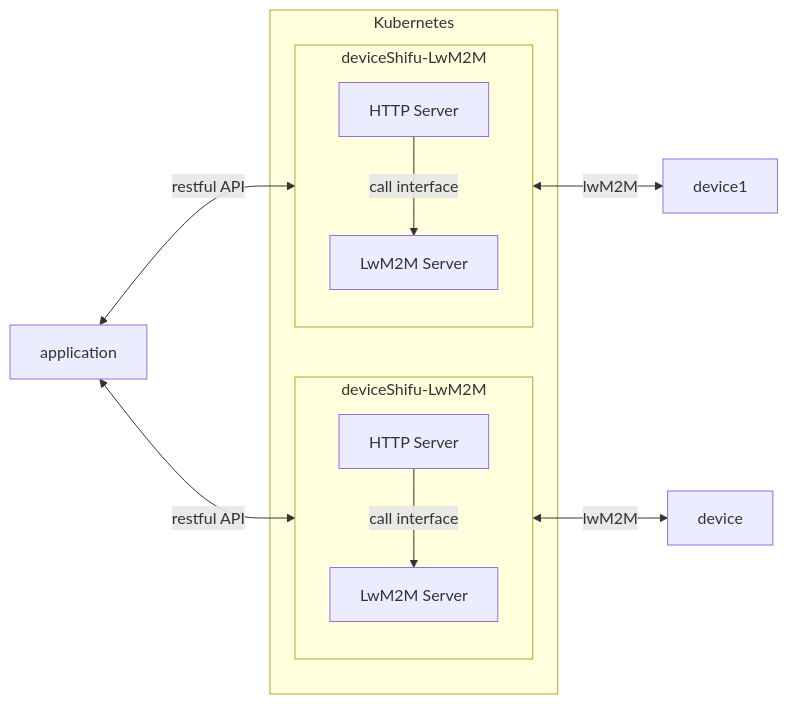
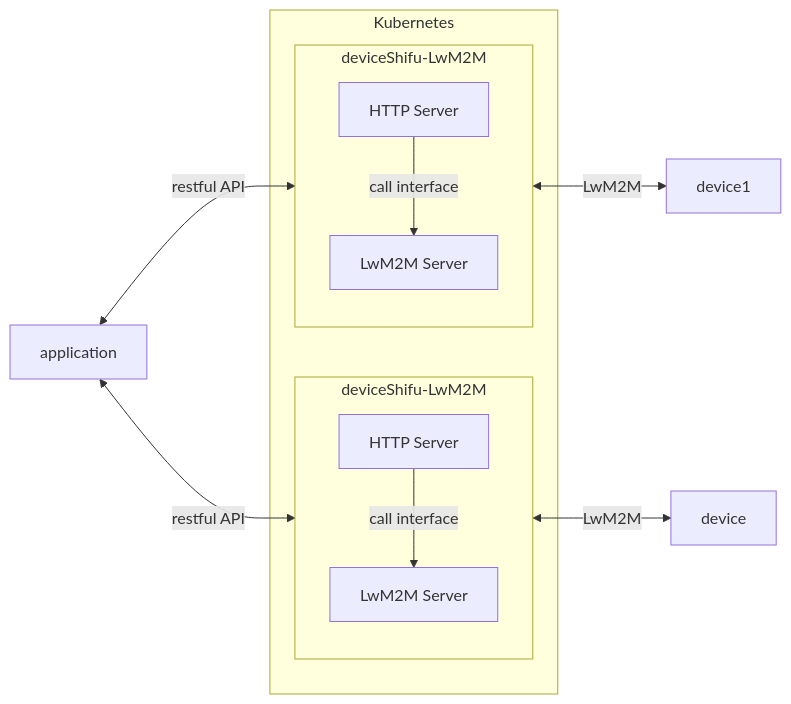
Before and after one commit to Edgenesis/shifu: the first of 2 diagrams in docs/design/deviceshifu/design-deviceShifu-lwm2m.md, drawn with Mermaid. The commit also changed other lines of this file, not shown here.

````diff
--- a/docs/design/deviceshifu/design-deviceShifu-lwm2m.md
+++ b/docs/design/deviceshifu/design-deviceShifu-lwm2m.md
@@ -26,26 +26,26 @@
 ```mermaid
 flowchart LR
 subgraph kubernetes[Kubernetes]
   subgraph ds[deviceShifu-LwM2M]
           direction TB
           lws[LwM2M Server]
           http[HTTP Server]
           http -->|call interface| lws
   end
   subgraph ds1[deviceShifu-LwM2M]
           direction TB
           lws1[LwM2M Server]
           http1[HTTP Server]
           http1 -->|call interface| lws1
   end
 end
 ap[application]
 d[device]
 d1[device1]
 
 
 ap <-->|restful API| http
 ap <-->|restful API| http1
-lws <-->|lwM2M| d
-lws1 <-->|lwM2M| d1
+lws <-->|LwM2M| d
+lws1 <-->|LwM2M| d1
 ```
````
